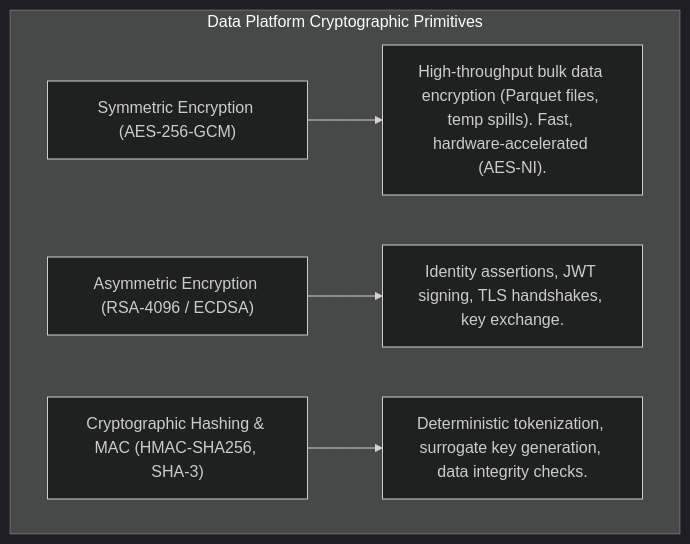
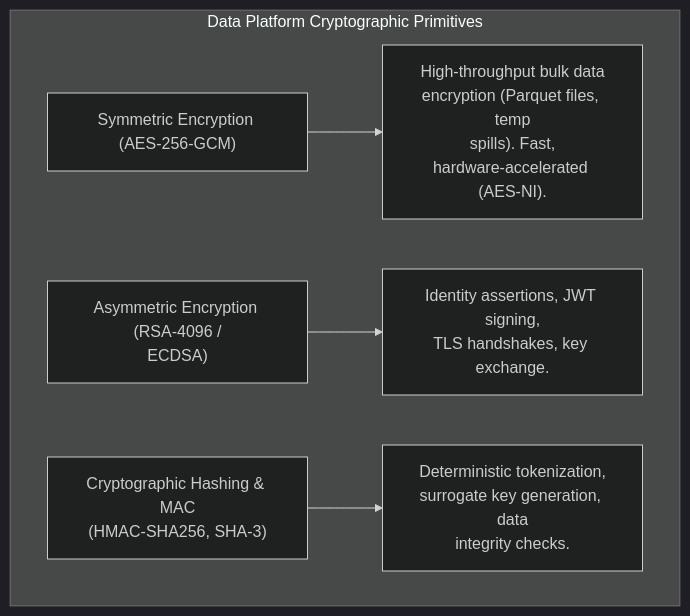
The first of 2 diagrams in architectures/03_cryptography_envelope_encryption_and_key_management.md (santoshjammi29/security-handbook), drawn with Mermaid (dark theme) before and after one commit. The commit also changed 22 other files, not shown here.

Commit message:
fix(diagrams): word-wrap labels and escape comparison operators across all diagrams

````diff
--- a/architectures/03_cryptography_envelope_encryption_and_key_management.md
+++ b/architectures/03_cryptography_envelope_encryption_and_key_management.md
@@ -12,8 +12,8 @@
 ```mermaid
 flowchart TD
     subgraph CryptoTaxonomy["Data Platform Cryptographic Primitives"]
-        Sym["Symmetric Encryption (AES-256-GCM)"] --> Sym_Use["High-throughput bulk data encryption (Parquet files, temp spills). Fast, hardware-accelerated (AES-NI)."]
-        Asym["Asymmetric Encryption (RSA-4096 / ECDSA)"] --> Asym_Use["Identity assertions, JWT signing, TLS handshakes, key exchange."]
-        Hash["Cryptographic Hashing & MAC (HMAC-SHA256, SHA-3)"] --> Hash_Use["Deterministic tokenization, surrogate key generation, data integrity checks."]
+        Sym["Symmetric Encryption (AES-256-GCM)"] --> Sym_Use["High-throughput bulk data<br/>encryption (Parquet files, temp<br/>spills). Fast,<br/>hardware-accelerated (AES-NI)."]
+        Asym["Asymmetric Encryption (RSA-4096 /<br/>ECDSA)"] --> Asym_Use["Identity assertions, JWT signing,<br/>TLS handshakes, key exchange."]
+        Hash["Cryptographic Hashing & MAC<br/>(HMAC-SHA256, SHA-3)"] --> Hash_Use["Deterministic tokenization,<br/>surrogate key generation, data<br/>integrity checks."]
     end
 ```
````
